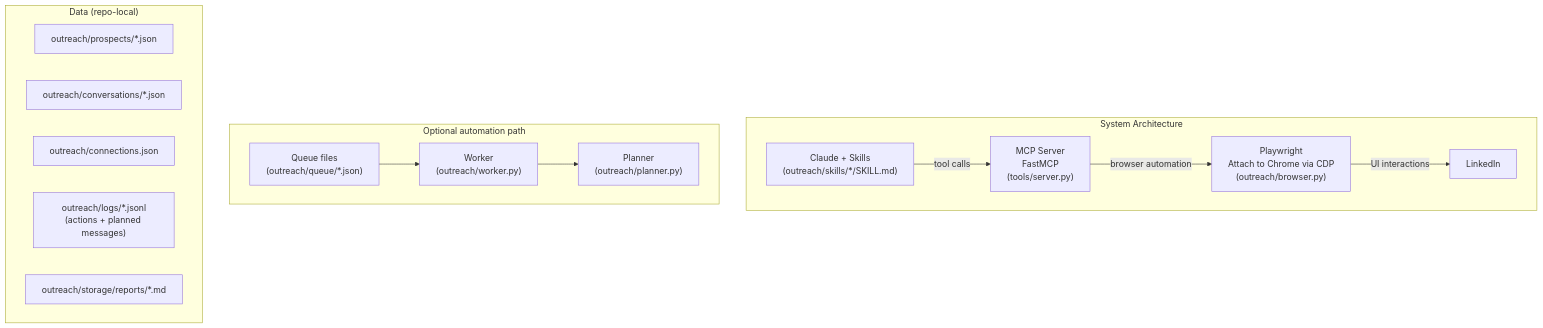
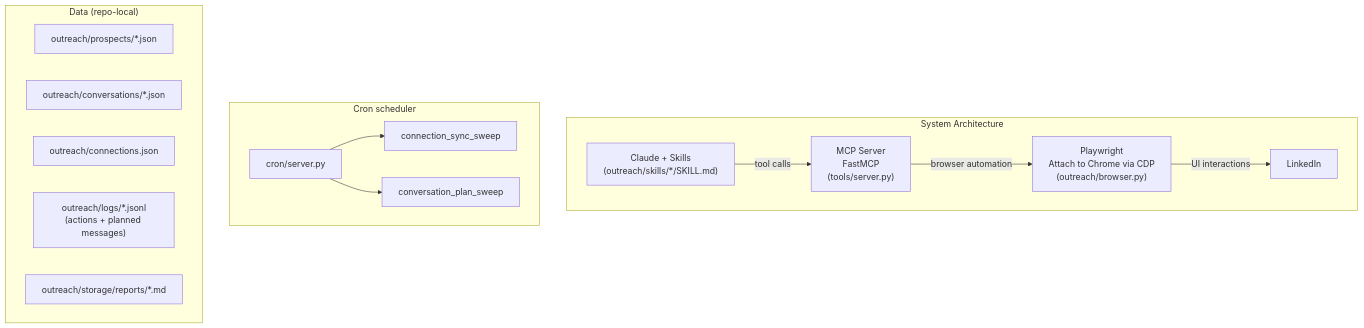
Before and after one commit to embeddingvc/ebase: the first of 2 diagrams in docs/architecture.md, drawn with Mermaid. The commit also changed other lines of this file and 21 other files, not shown here.

Commit message:
remove worker queue

````diff
--- a/docs/architecture.md
+++ b/docs/architecture.md
@@ -34,30 +34,31 @@
 ```mermaid
 flowchart TB
   subgraph ARCH ["System Architecture"]
     direction LR
     L1["Claude + Skills\n(outreach/skills/*/SKILL.md)"]
     L2["MCP Server\nFastMCP\n(tools/server.py)"]
     L3["Playwright\nAttach to Chrome via CDP\n(outreach/browser.py)"]
     L4["LinkedIn"]
     L1 -->|"tool calls"| L2
     L2 -->|"browser automation"| L3
     L3 -->|"UI interactions"| L4
   end
 
-  subgraph WORKER ["Optional automation path"]
+  subgraph CRON ["Cron scheduler"]
     direction LR
-    W1["Queue files\n(outreach/queue/*.json)"]
-    W2["Worker\n(outreach/worker.py)"]
-    W3["Planner\n(outreach/planner.py)"]
-    W1 --> W2 --> W3
+    C1["cron/server.py"]
+    C2["connection_sync_sweep"]
+    C3["conversation_plan_sweep"]
+    C1 --> C2
+    C1 --> C3
   end
 
   subgraph DATA ["Data (repo-local)"]
     direction LR
     D1["outreach/prospects/*.json"]
     D2["outreach/conversations/*.json"]
     D3["outreach/connections.json"]
     D4["outreach/logs/*.jsonl\n(actions + planned messages)"]
     D5["outreach/storage/reports/*.md"]
   end
 ```
````
